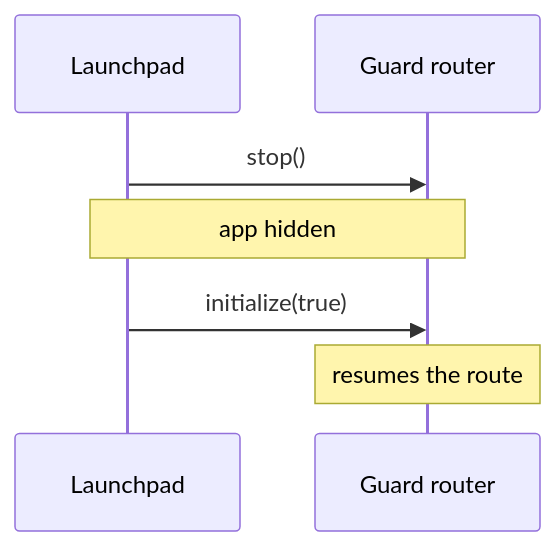
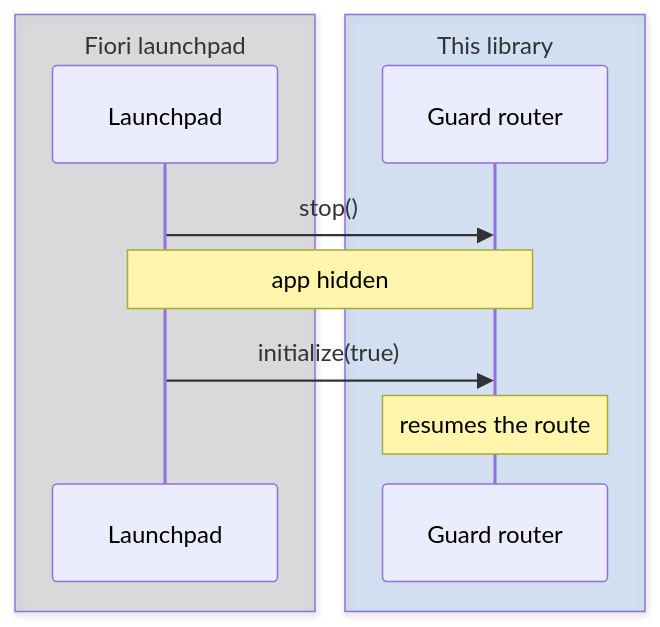
The third of 9 diagrams in packages/lib/README.md (wridgeu/ui5-lib-guard-router), drawn with Mermaid before and after one commit. The commit also changed other lines of this file and 4 other files, not shown here.

First line of the commit message:
docs: give every diagram the one palette and a legend

````diff
--- a/packages/lib/README.md
+++ b/packages/lib/README.md
@@ -1066,9 +1070,13 @@
 ```mermaid
 sequenceDiagram
-    participant Shell as Launchpad
-    participant Router as Guard router
+    box rgba(110, 119, 129, 0.2) Fiori launchpad
+        participant Shell as Launchpad
+    end
+    box rgba(9, 105, 218, 0.15) This library
+        participant Router as Guard router
+    end
     Shell->>Router: stop()
     Note over Shell,Router: app hidden
     Shell->>Router: initialize(true)
     Note over Router: resumes the route
 ```
````
